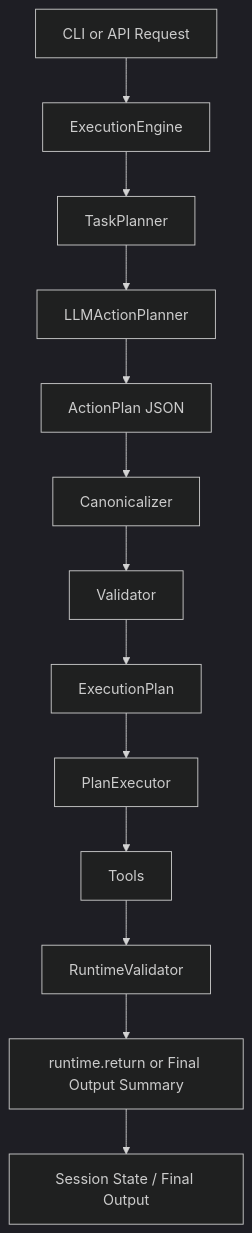
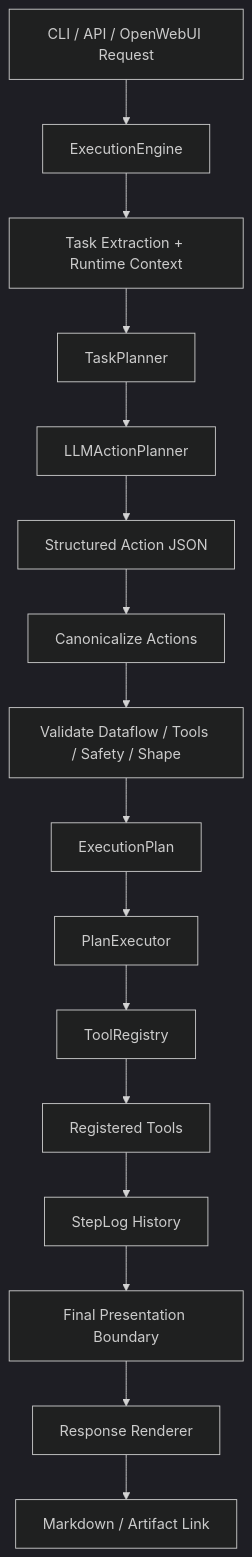
One commit to vinithbraj/openfabric changed the first of 9 diagrams in docs/MERMAID_DIAGRAMS.md. Above: the diagram before and after it, drawn with Mermaid (dark theme). The commit also changed other lines of this file and 105 other files, not shown here.

Commit message:
Document current OpenFABRIC architecture

````diff
--- a/docs/MERMAID_DIAGRAMS.md
+++ b/docs/MERMAID_DIAGRAMS.md
@@ -5,15 +7,18 @@
 ```mermaid
 flowchart TD
-    A[CLI or API Request] --> B[ExecutionEngine]
-    B --> C[TaskPlanner]
-    C --> D[LLMActionPlanner]
-    D --> E[ActionPlan JSON]
-    E --> F[Canonicalizer]
-    F --> G[Validator]
-    G --> H[ExecutionPlan]
-    H --> I[PlanExecutor]
-    I --> J[Tools]
-    J --> K[RuntimeValidator]
-    K --> L[runtime.return or Final Output Summary]
-    L --> M[Session State / Final Output]
+    A[CLI / API / OpenWebUI Request] --> B[ExecutionEngine]
+    B --> C[Task Extraction + Runtime Context]
+    C --> D[TaskPlanner]
+    D --> E[LLMActionPlanner]
+    E --> F[Structured Action JSON]
+    F --> G[Canonicalize Actions]
+    G --> H[Validate Dataflow / Tools / Safety / Shape]
+    H --> I[ExecutionPlan]
+    I --> J[PlanExecutor]
+    J --> K[ToolRegistry]
+    K --> L[Registered Tools]
+    L --> M[StepLog History]
+    M --> N[Final Presentation Boundary]
+    N --> O[Response Renderer]
+    O --> P[Markdown / Artifact Link]
 ```
````
